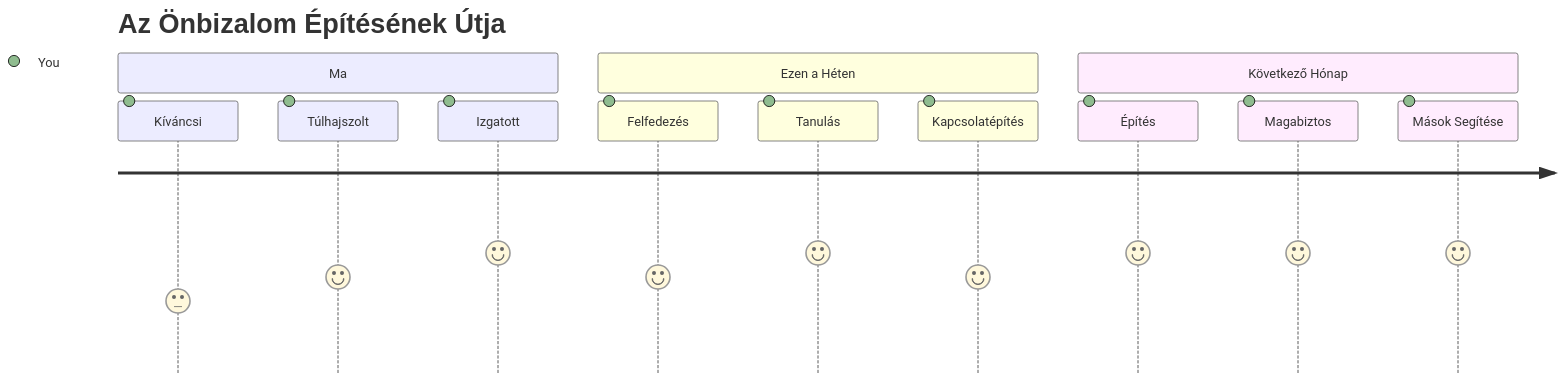
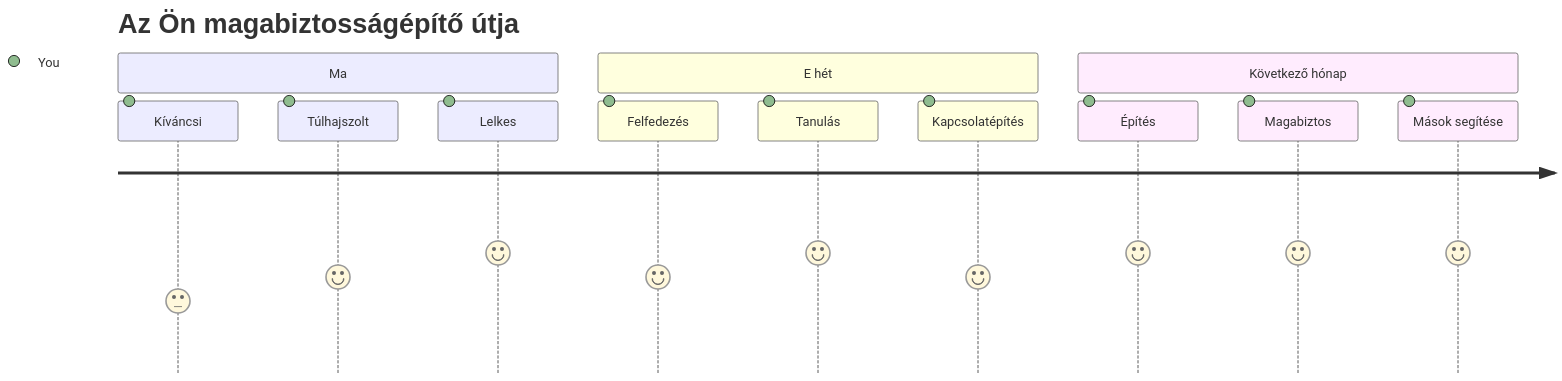
One commit to microsoft/Web-Dev-For-Beginners changed the seventh of 7 diagrams in translations/hu/1-getting-started-lessons/1-intro-to-programming-languages/README.md. Above: the diagram before and after it, drawn with Mermaid. The commit also changed other lines of this file and 8 other files, not shown here.

````diff
--- a/translations/hu/1-getting-started-lessons/1-intro-to-programming-languages/README.md
+++ b/translations/hu/1-getting-started-lessons/1-intro-to-programming-languages/README.md
@@ -833,16 +831,16 @@
 ```mermaid
 journey
-    title Az Önbizalom Építésének Útja
+    title Az Ön magabiztosságépítő útja
     section Ma
       Kíváncsi: 3: You
       Túlhajszolt: 4: You
-      Izgatott: 5: You
-    section Ezen a Héten
+      Lelkes: 5: You
+    section E hét
       Felfedezés: 4: You
       Tanulás: 5: You
       Kapcsolatépítés: 4: You
-    section Következő Hónap
+    section Következő hónap
       Építés: 5: You
       Magabiztos: 5: You
-      Mások Segítése: 5: You
+      Mások segítése: 5: You
 ```
````
